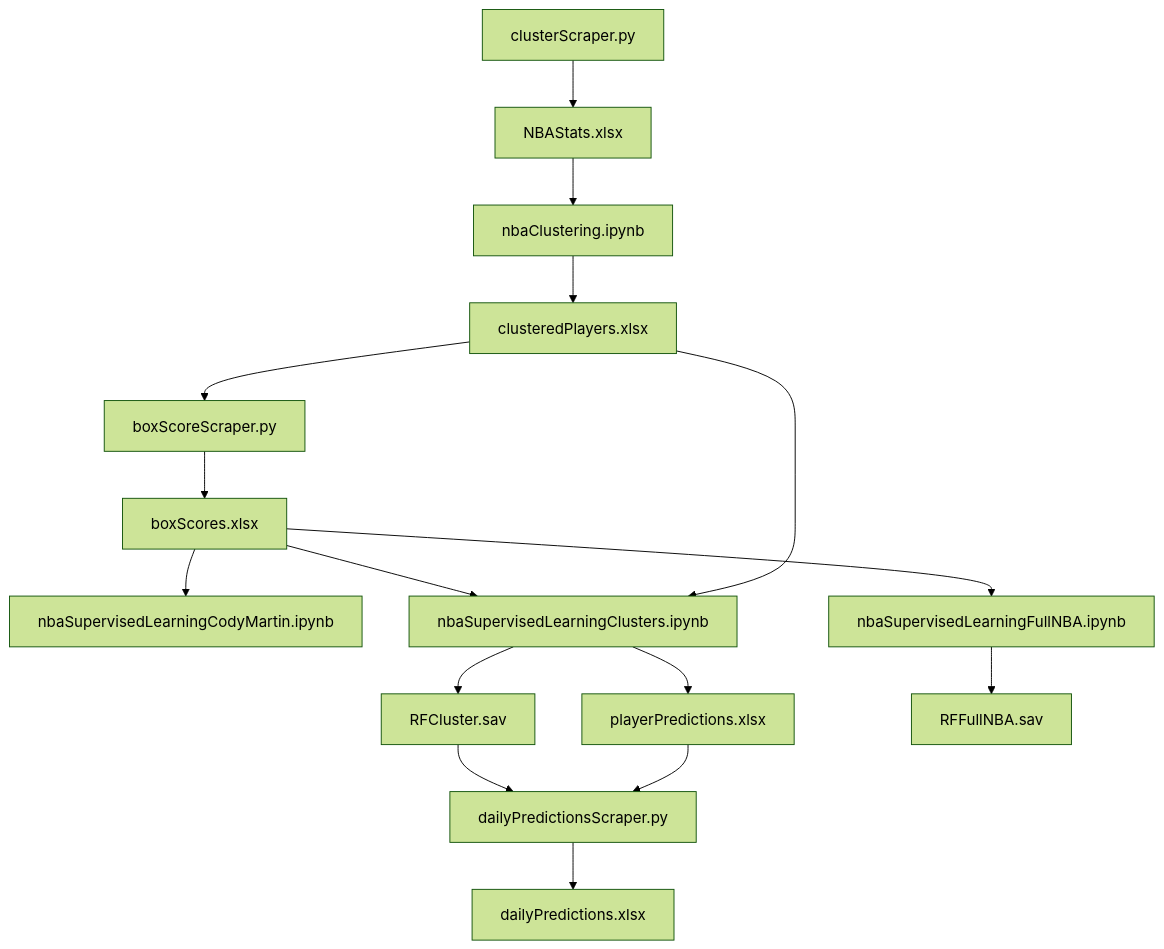
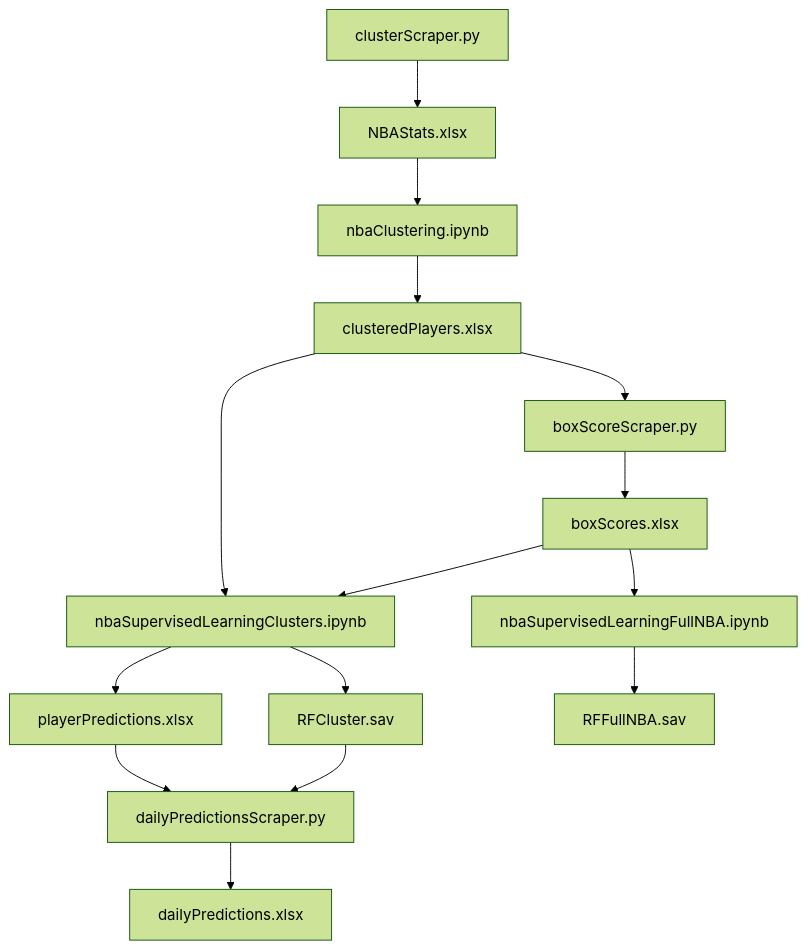
Before and after one commit to ibracken/NBA_Machine_Learning: the diagram in README.md, drawn with Mermaid (forest theme). The commit also changed 17 other files, not shown here.

````diff
--- a/README.md
+++ b/README.md
@@ -65,19 +65,18 @@
 ```mermaid
 graph TD;
     clusterScraper.py-->NBAStats.xlsx;
     boxScoreScraper.py-->boxScores.xlsx;
     NBAStats.xlsx-->nbaClustering.ipynb;
     nbaClustering.ipynb-->clusteredPlayers.xlsx;
-    boxScores.xlsx-->nbaSupervisedLearningCodyMartin.ipynb;
     boxScores.xlsx-->nbaSupervisedLearningFullNBA.ipynb;
     boxScores.xlsx-->nbaSupervisedLearningClusters.ipynb;
     clusteredPlayers.xlsx-->nbaSupervisedLearningClusters.ipynb;
     nbaSupervisedLearningClusters.ipynb-->playerPredictions.xlsx;
     nbaSupervisedLearningClusters.ipynb-->RFCluster.sav;
     nbaSupervisedLearningFullNBA.ipynb-->RFFullNBA.sav;
     RFCluster.sav-->dailyPredictionsScraper.py;
     playerPredictions.xlsx-->dailyPredictionsScraper.py;
     clusteredPlayers.xlsx-->boxScoreScraper.py;
     dailyPredictionsScraper.py-->dailyPredictions.xlsx;
 
 ```
````
